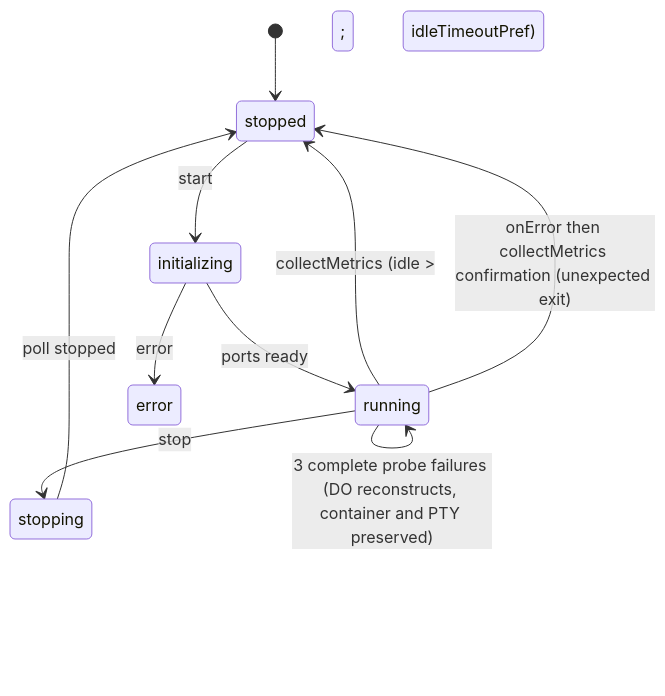
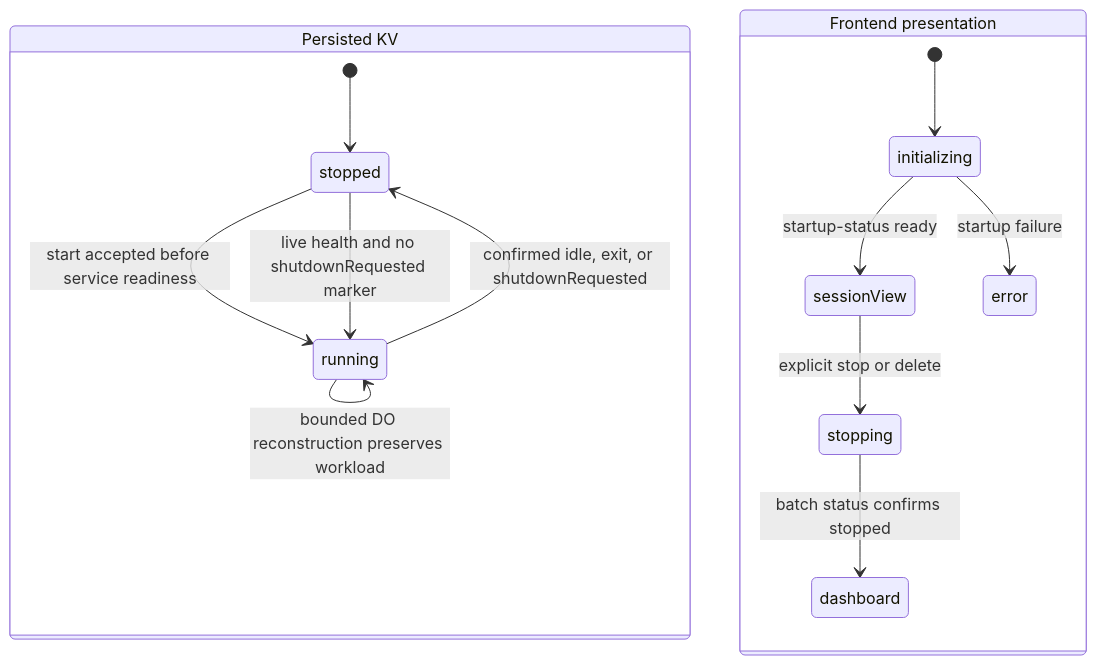
One commit to nikolanovoselec/codeflare changed the fourth of 10 diagrams in documentation/lanes/architecture.md. Above: the diagram before and after it, drawn with Mermaid. The commit also changed other lines of this file and 360 other files, not shown here.

````diff
--- a/documentation/lanes/architecture.md
+++ b/documentation/lanes/architecture.md
@@ -501,12 +469,19 @@
 ```mermaid
 stateDiagram-v2
-    [*] --> stopped
-    stopped --> initializing : start
-    initializing --> running : ports ready
-    initializing --> error : error
-    running --> stopping : stop
-    stopping --> stopped : poll stopped
-    running --> running : 3 complete probe failures (DO reconstructs, container and PTY preserved)
-    running --> stopped : collectMetrics (idle &gt; idleTimeoutPref)
-    running --> stopped : onError then collectMetrics confirmation (unexpected exit)
+    state "Persisted KV" as Persisted
+    state Persisted {
+        [*] --> stopped
+        stopped --> running : start accepted before service readiness
+        running --> stopped : confirmed idle, exit, or shutdownRequested
+        running --> running : bounded DO reconstruction preserves workload
+        stopped --> running : live health and no shutdownRequested marker
+    }
+    state "Frontend presentation" as Frontend
+    state Frontend {
+        [*] --> initializing
+        initializing --> sessionView : startup-status ready
+        initializing --> error : startup failure
+        sessionView --> stopping : explicit stop or delete
+        stopping --> dashboard : batch status confirms stopped
+    }
 ```
````
